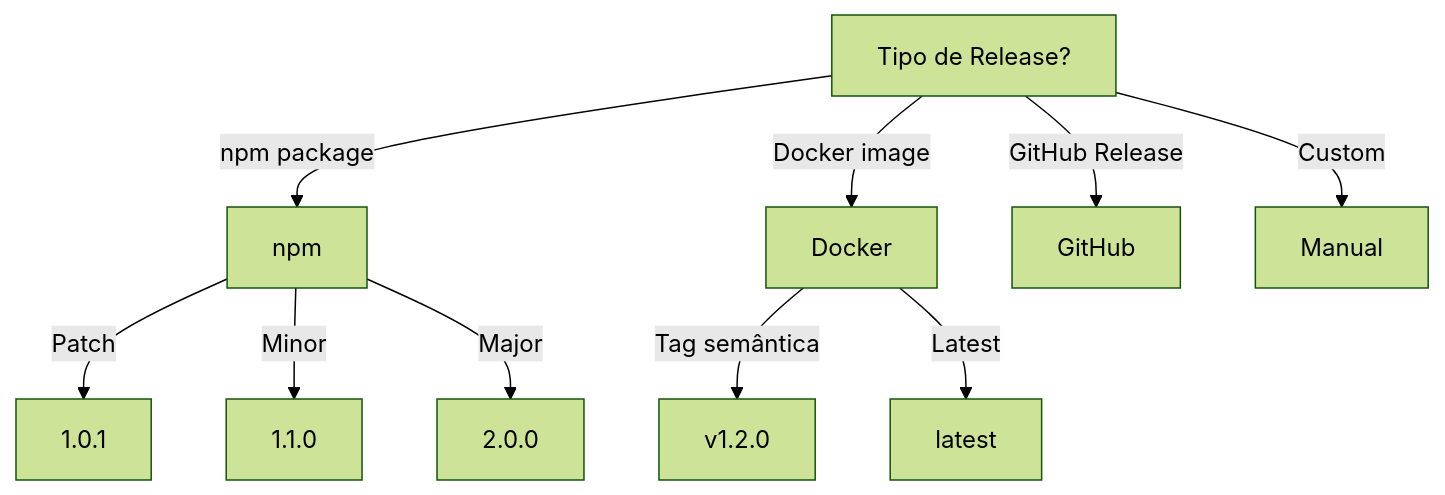
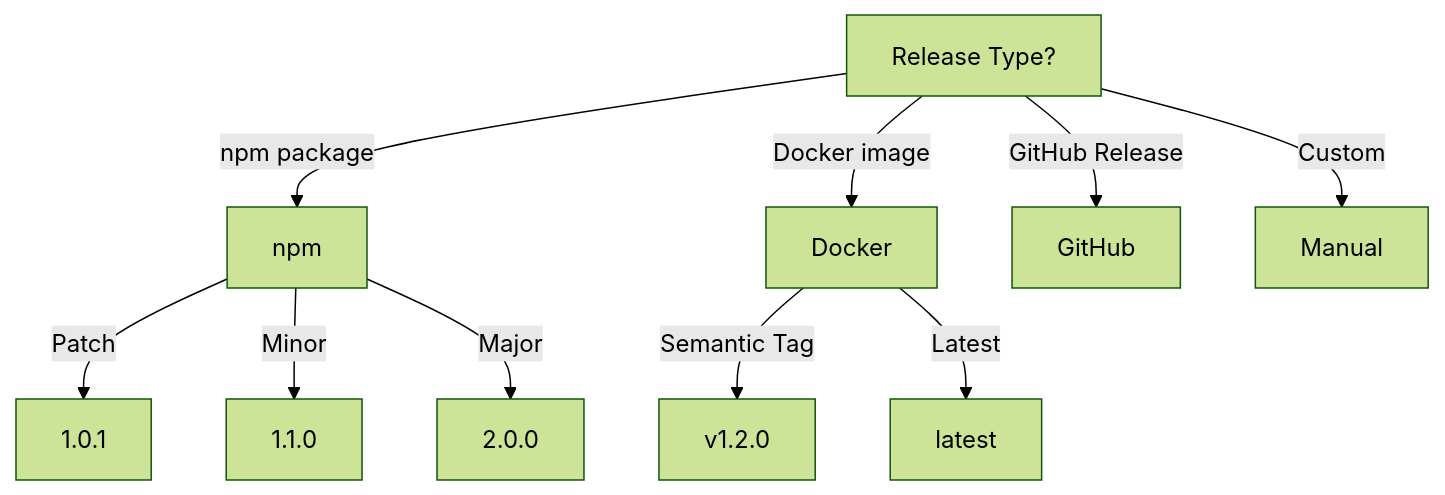
The diagram in skills/release/SKILL.md (lscheffel/ignite-agents-skills), drawn with Mermaid (forest theme) before and after one commit. The commit also changed other lines of this file and 1024 other files, not shown here.

````diff
--- a/skills/release/SKILL.md
+++ b/skills/release/SKILL.md
@@ -33,12 +57,12 @@
 ```mermaid
 graph TD
-    A[Tipo de Release?] -->|npm package| B[npm]
+    A[Release Type?] -->|npm package| B[npm]
     A -->|Docker image| C[Docker]
     A -->|GitHub Release| D[GitHub]
     A -->|Custom| E[Manual]
     B -->|Patch| F[1.0.1]
     B -->|Minor| G[1.1.0]
     B -->|Major| H[2.0.0]
-    C -->|Tag semântica| I[v1.2.0]
+    C -->|Semantic Tag| I[v1.2.0]
     C -->|Latest| J[latest]
 ```
````
